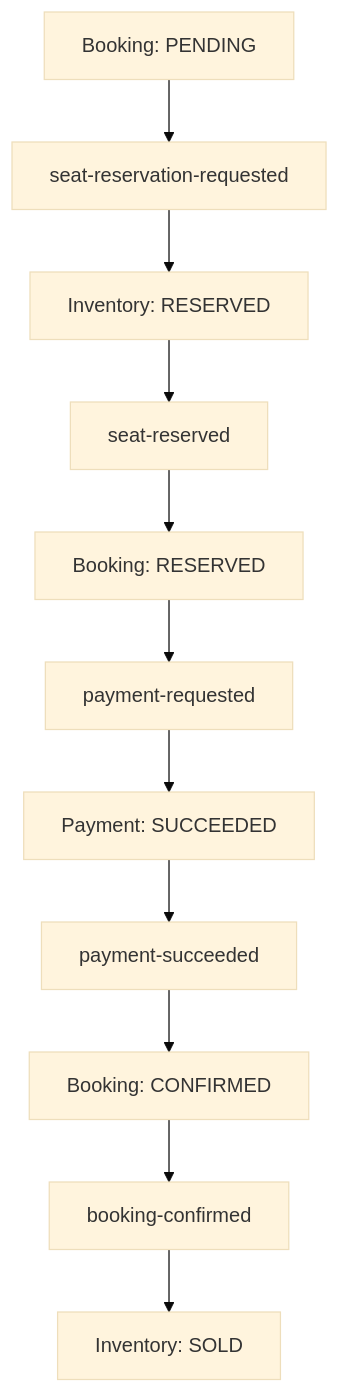
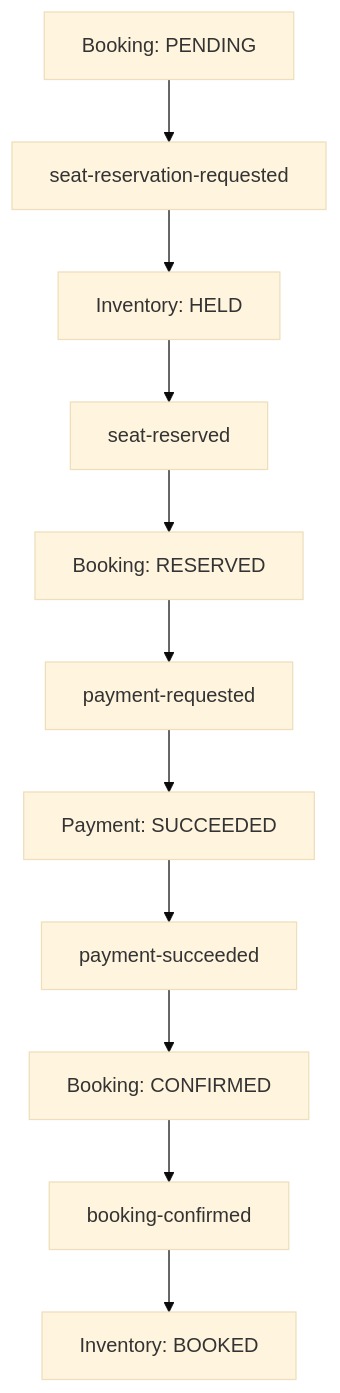
Before and after one commit to HuyKunNe/cinema-system: the second of 4 diagrams in docs/07_EVENT_CATALOG.md, drawn with Mermaid (base theme). The commit also changed other lines of this file and 17 other files, not shown here.

````diff
--- a/docs/07_EVENT_CATALOG.md
+++ b/docs/07_EVENT_CATALOG.md
@@ -1007,13 +1113,13 @@
 ```mermaid
 flowchart TD
     A["Booking: PENDING"] --> B["seat-reservation-requested"]
-    B --> C["Inventory: RESERVED"]
+    B --> C["Inventory: HELD"]
     C --> D["seat-reserved"]
     D --> E["Booking: RESERVED"]
     E --> F["payment-requested"]
     F --> G["Payment: SUCCEEDED"]
     G --> H["payment-succeeded"]
     H --> I["Booking: CONFIRMED"]
     I --> J["booking-confirmed"]
-    J --> K["Inventory: SOLD"]
+    J --> K["Inventory: BOOKED"]
 ```
````
